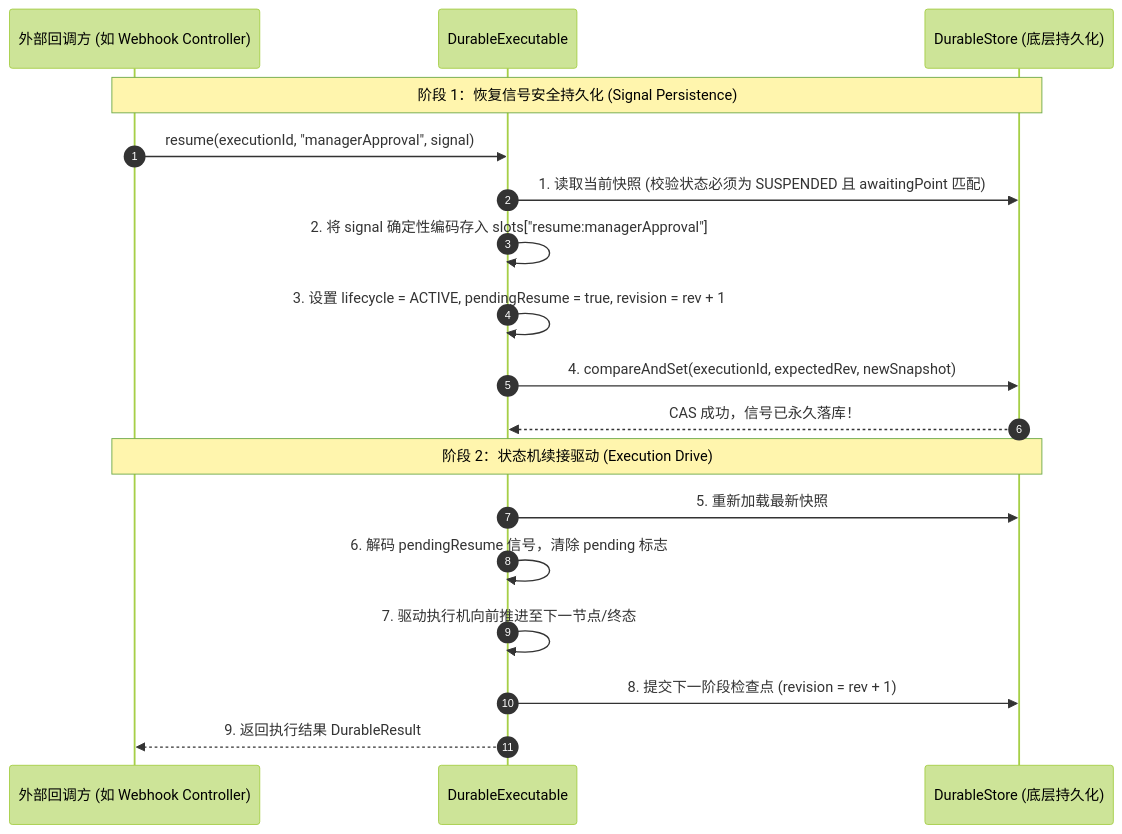
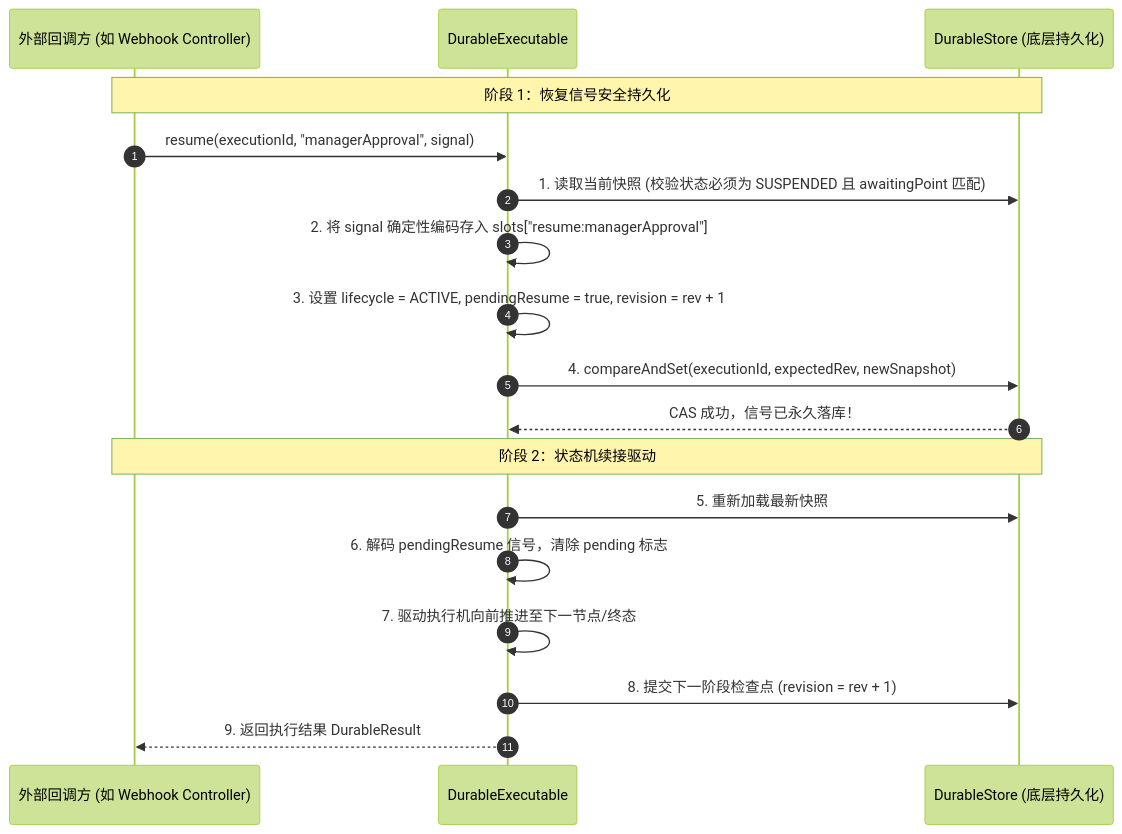
The first of 2 diagrams in docs/flow/flow-durable-resume.md (team4u/team4u-framework), drawn with Mermaid (forest theme) before and after one commit. The commit also changed other lines of this file and 142 other files, not shown here.

````diff
--- a/docs/flow/flow-durable-resume.md
+++ b/docs/flow/flow-durable-resume.md
@@ -13,22 +13,22 @@
 ```mermaid
 sequenceDiagram
     autonumber
     participant Client as 外部回调方 (如 Webhook Controller)
     participant Engine as DurableExecutable
     participant Store as DurableStore (底层持久化)
 
-    Note over Client, Store: 阶段 1：恢复信号安全持久化 (Signal Persistence)
+    Note over Client, Store: 阶段 1：恢复信号安全持久化
     Client->>Engine: resume(executionId, "managerApproval", signal)
     Engine->>Store: 1. 读取当前快照 (校验状态必须为 SUSPENDED 且 awaitingPoint 匹配)
     Engine->>Engine: 2. 将 signal 确定性编码存入 slots["resume:managerApproval"]
     Engine->>Engine: 3. 设置 lifecycle = ACTIVE, pendingResume = true, revision = rev + 1
     Engine->>Store: 4. compareAndSet(executionId, expectedRev, newSnapshot)
     Store-->>Engine: CAS 成功，信号已永久落库！
 
-    Note over Client, Store: 阶段 2：状态机续接驱动 (Execution Drive)
+    Note over Client, Store: 阶段 2：状态机续接驱动
     Engine->>Store: 5. 重新加载最新快照
     Engine->>Engine: 6. 解码 pendingResume 信号，清除 pending 标志
     Engine->>Engine: 7. 驱动执行机向前推进至下一节点/终态
     Engine->>Store: 8. 提交下一阶段检查点 (revision = rev + 1)
     Engine-->>Client: 9. 返回执行结果 DurableResult
 ```
````
